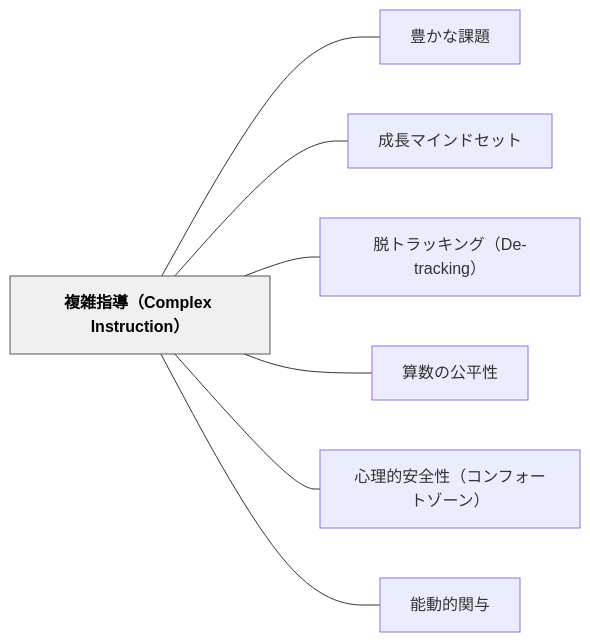
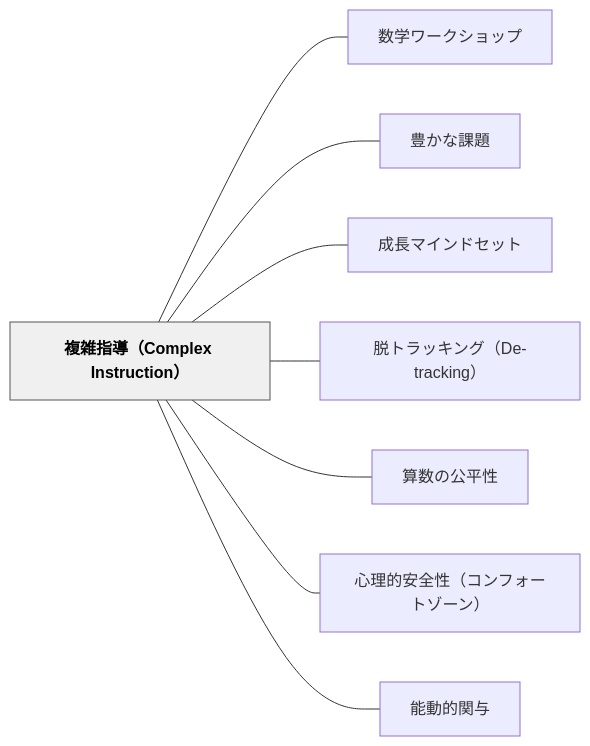
The diagram in content/パタン/複雑指導（Complex Instruction）.md (unknownthings-ed-patterns/unknownthings-ed-patterns), drawn with Mermaid before and after one commit. The commit also changed other lines of this file and 100 other files, not shown here.

````diff
--- a/content/パタン/複雑指導（Complex Instruction）.md
+++ b/content/パタン/複雑指導（Complex Instruction）.md
@@ -163,20 +164,22 @@
 ```mermaid
 flowchart LR
     ne8a487e99b91e68c87e5b08eefbc88436f6d706c657820496e737472756374696f6eefbc89["複雑指導（Complex Instruction）"]
+    ne695b0e5ada6e383afe383bce382afe382b7e383a7e38383e38397["数学ワークショップ"]
     ne8b18ae3818be381aae8aab2e9a18c["豊かな課題"]
     ne68890e995b7e3839ee382a4e383b3e38389e382bbe38383e38388["成長マインドセット"]
     ne884b1e38388e383a9e38383e382ade383b3e382b0efbc8844652d747261636b696e67efbc89["脱トラッキング（De-tracking）"]
     ne7ae97e695b0e381aee585ace5b9b3e680a7["算数の公平性"]
     ne5bf83e79086e79a84e5ae89e585a8e680a7efbc88e382b3e383b3e38395e382a9e383bce38388e382bee383bce383b3efbc89["心理的安全性（コンフォートゾーン）"]
     ne883bde58b95e79a84e996a2e4b88e["能動的関与"]
 
+    ne8a487e99b91e68c87e5b08eefbc88436f6d706c657820496e737472756374696f6eefbc89 --- ne695b0e5ada6e383afe383bce382afe382b7e383a7e38383e38397
     ne8a487e99b91e68c87e5b08eefbc88436f6d706c657820496e737472756374696f6eefbc89 --- ne8b18ae3818be381aae8aab2e9a18c
     ne8a487e99b91e68c87e5b08eefbc88436f6d706c657820496e737472756374696f6eefbc89 --- ne68890e995b7e3839ee382a4e383b3e38389e382bbe38383e38388
     ne8a487e99b91e68c87e5b08eefbc88436f6d706c657820496e737472756374696f6eefbc89 --- ne884b1e38388e383a9e38383e382ade383b3e382b0efbc8844652d747261636b696e67efbc89
     ne8a487e99b91e68c87e5b08eefbc88436f6d706c657820496e737472756374696f6eefbc89 --- ne7ae97e695b0e381aee585ace5b9b3e680a7
     ne8a487e99b91e68c87e5b08eefbc88436f6d706c657820496e737472756374696f6eefbc89 --- ne5bf83e79086e79a84e5ae89e585a8e680a7efbc88e382b3e383b3e38395e382a9e383bce38388e382bee383bce383b3efbc89
     ne8a487e99b91e68c87e5b08eefbc88436f6d706c657820496e737472756374696f6eefbc89 --- ne883bde58b95e79a84e996a2e4b88e
 
     classDef hub fill:#f0f0f0,stroke:#555,color:#000,font-weight:bold
     class ne8a487e99b91e68c87e5b08eefbc88436f6d706c657820496e737472756374696f6eefbc89 hub
 ```
````
